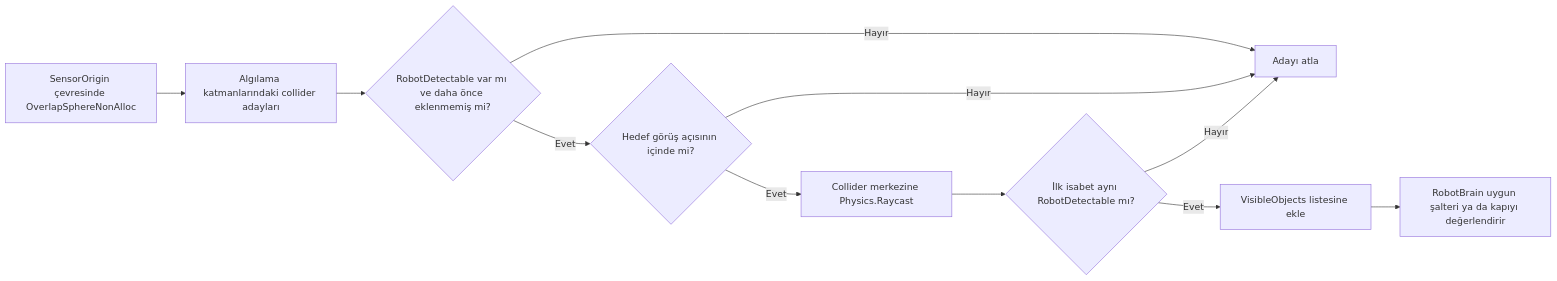
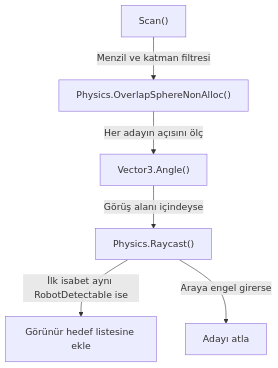
One commit to omerkocman/YazLab-1 changed the sixth of 9 diagrams in README.md. Above: the diagram before and after it, drawn with Mermaid. The commit also changed other lines of this file and 13 other files, not shown here.

Commit message:
Clarify robot diagrams and local model test results

````diff
--- a/README.md
+++ b/README.md
@@ -126,13 +177,8 @@
 ```mermaid
-flowchart LR
-    A["SensorOrigin çevresinde OverlapSphereNonAlloc"] --> B["Algılama katmanlarındaki collider adayları"]
-    B --> C{"RobotDetectable var mı ve daha önce eklenmemiş mi?"}
-    C -- Hayır --> R["Adayı atla"]
-    C -- Evet --> D{"Hedef görüş açısının içinde mi?"}
-    D -- Hayır --> R
-    D -- Evet --> E["Collider merkezine Physics.Raycast"]
-    E --> F{"İlk isabet aynı RobotDetectable mı?"}
-    F -- Hayır --> R
-    F -- Evet --> G["VisibleObjects listesine ekle"]
-    G --> H["RobotBrain uygun şalteri ya da kapıyı değerlendirir"]
+flowchart TD
+    A["Scan()"] -->|"Menzil ve katman filtresi"| B["Physics.OverlapSphereNonAlloc()"]
+    B -->|"Her adayın açısını ölç"| C["Vector3.Angle()"]
+    C -->|"Görüş alanı içindeyse"| E["Physics.Raycast()"]
+    E -->|"İlk isabet aynı RobotDetectable ise"| G["Görünür hedef listesine ekle"]
+    E -->|"Araya engel girerse"| R["Adayı atla"]
 ```
````
